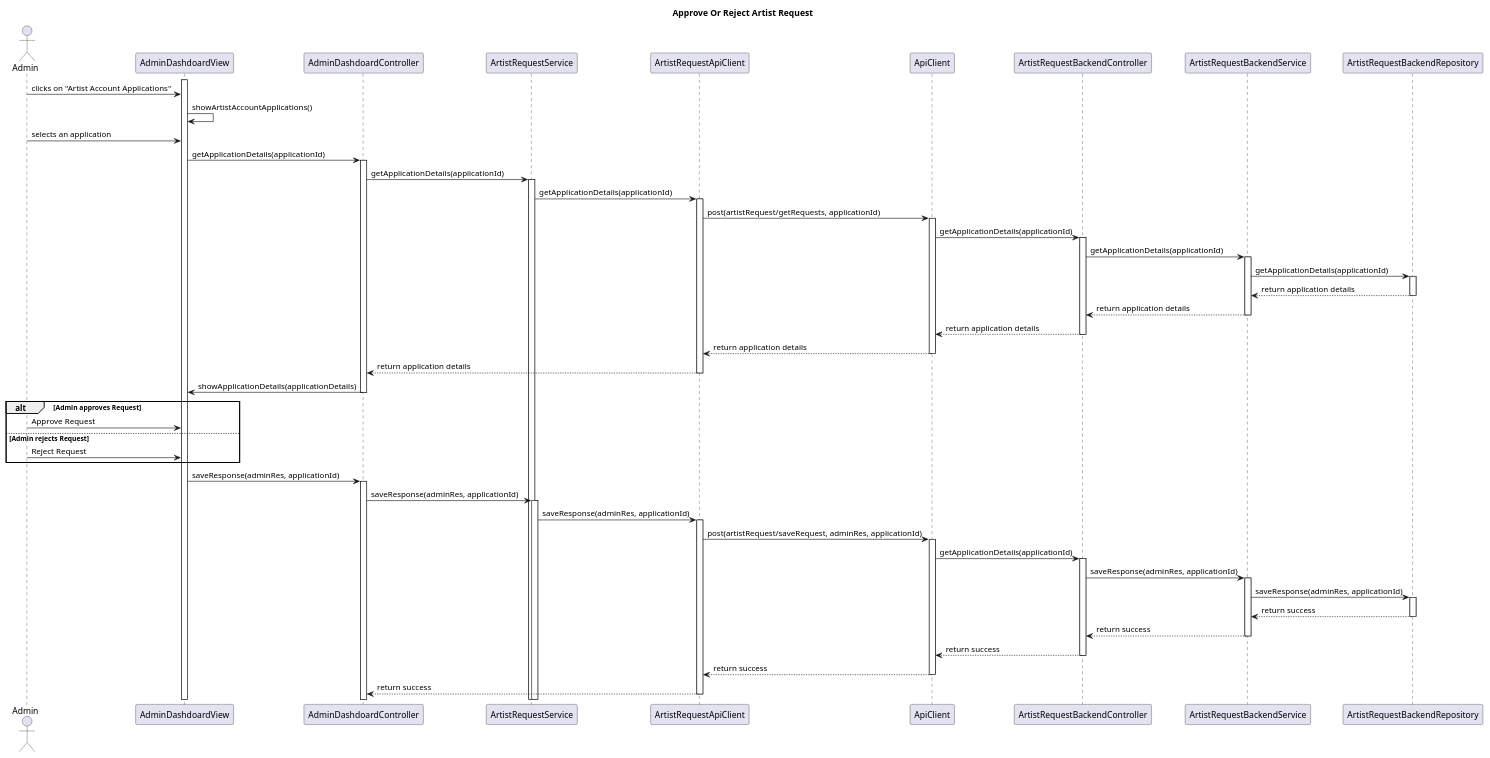
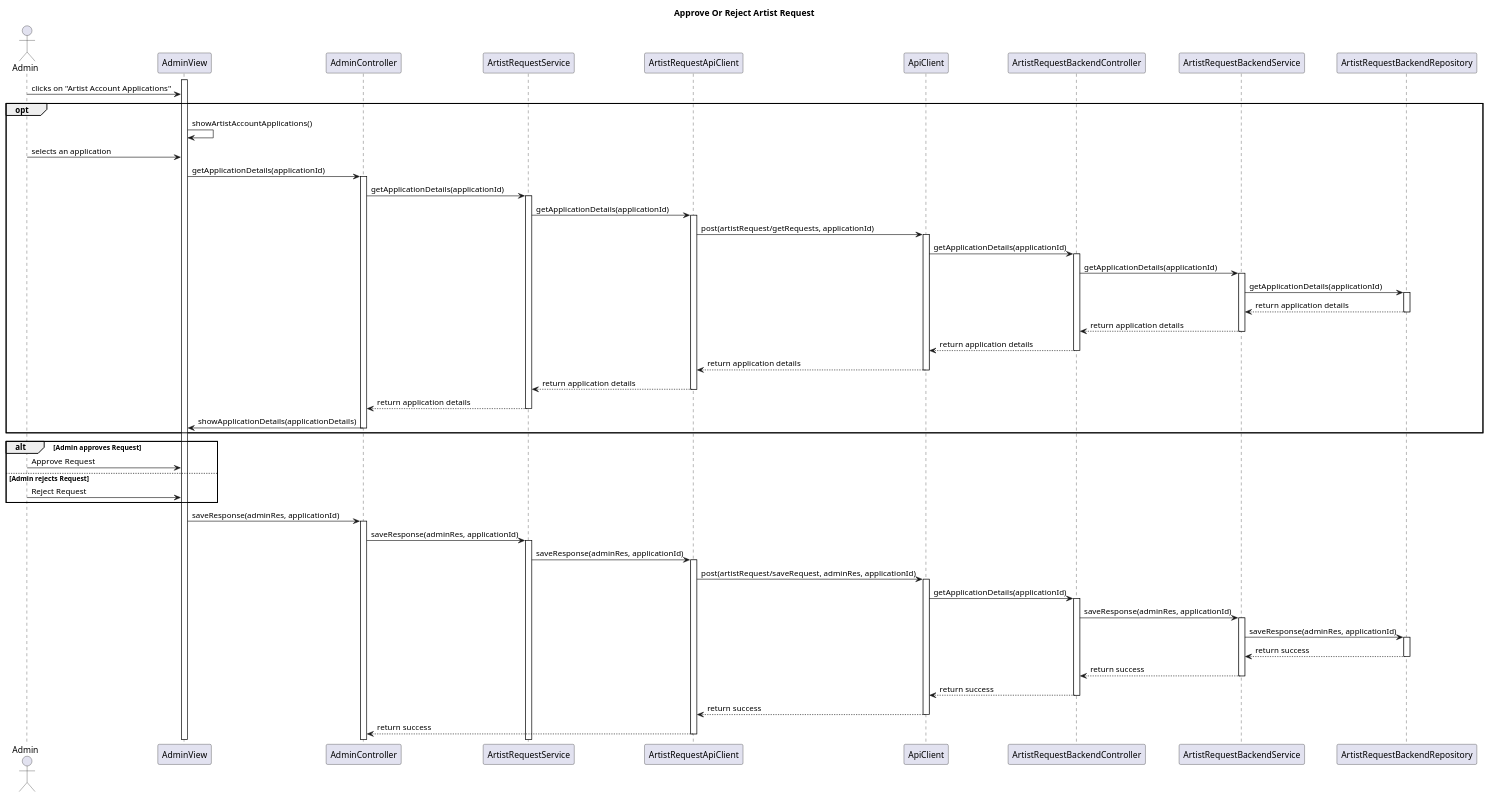
Before and after one commit to RubenKingCP/Tunix: the diagram in Paradoteo_4/SequenceDiagrams-v0.3/ApproveOrRejectArtistRequest.puml, drawn with PlantUML. The commit also changed 2 other files, not shown here.

Commit message:
Minor changes to sequence diagrams

```diff
--- a/Paradoteo_4/SequenceDiagrams-v0.3/ApproveOrRejectArtistRequest.puml
+++ b/Paradoteo_4/SequenceDiagrams-v0.3/ApproveOrRejectArtistRequest.puml
@@ -1,78 +1,83 @@
 @startuml ApproveOrRejectArtistRequest
 
 title Approve Or Reject Artist Request
 
 actor Admin
 
-participant AdminDashdoardView
-participant AdminDashdoardController
+participant AdminView
+participant AdminController
 participant ArtistRequestService
 participant ArtistRequestApiClient
 participant ApiClient
 participant ArtistRequestBackendController
 participant ArtistRequestBackendService
 participant ArtistRequestBackendRepository
 
-activate AdminDashdoardView
-Admin -> AdminDashdoardView : clicks on "Artist Account Applications"
-AdminDashdoardView -> AdminDashdoardView : showArtistAccountApplications()
-Admin -> AdminDashdoardView : selects an application
-AdminDashdoardView -> AdminDashdoardController : getApplicationDetails(applicationId)
-activate AdminDashdoardController
-AdminDashdoardController -> ArtistRequestService : getApplicationDetails(applicationId)
+activate AdminView
+Admin -> AdminView : clicks on "Artist Account Applications"
+opt
+AdminView -> AdminView : showArtistAccountApplications()
+Admin -> AdminView : selects an application
+AdminView -> AdminController : getApplicationDetails(applicationId)
+activate AdminController
+AdminController -> ArtistRequestService : getApplicationDetails(applicationId)
 activate ArtistRequestService
 ArtistRequestService -> ArtistRequestApiClient : getApplicationDetails(applicationId)
 activate ArtistRequestApiClient
 ArtistRequestApiClient -> ApiClient : post(artistRequest/getRequests, applicationId)
 activate ApiClient
 ApiClient -> ArtistRequestBackendController : getApplicationDetails(applicationId)
 activate ArtistRequestBackendController
 ArtistRequestBackendController -> ArtistRequestBackendService : getApplicationDetails(applicationId)
 activate ArtistRequestBackendService
 ArtistRequestBackendService -> ArtistRequestBackendRepository : getApplicationDetails(applicationId)
 activate ArtistRequestBackendRepository
 ArtistRequestBackendRepository --> ArtistRequestBackendService : return application details
 deactivate ArtistRequestBackendRepository
 ArtistRequestBackendService --> ArtistRequestBackendController : return application details
 deactivate ArtistRequestBackendService
 ArtistRequestBackendController --> ApiClient : return application details
 deactivate ArtistRequestBackendController
 ApiClient --> ArtistRequestApiClient : return application details
 deactivate ApiClient
-ArtistRequestApiClient --> AdminDashdoardController : return application details
+ArtistRequestApiClient --> ArtistRequestService : return application details
+
 deactivate ArtistRequestApiClient
-AdminDashdoardController -> AdminDashdoardView : showApplicationDetails(applicationDetails)
-deactivate AdminDashdoardController
+ArtistRequestService --> AdminController : return application details
+deactivate ArtistRequestService
+AdminController -> AdminView : showApplicationDetails(applicationDetails)
+deactivate AdminController
+end
 alt Admin approves Request
-    Admin -> AdminDashdoardView : Approve Request
+    Admin -> AdminView : Approve Request
 else Admin rejects Request
-    Admin -> AdminDashdoardView : Reject Request
+    Admin -> AdminView : Reject Request
 end
-AdminDashdoardView -> AdminDashdoardController : saveResponse(adminRes, applicationId)
-activate AdminDashdoardController
-AdminDashdoardController -> ArtistRequestService : saveResponse(adminRes, applicationId)
+AdminView -> AdminController : saveResponse(adminRes, applicationId)
+activate AdminController
+AdminController -> ArtistRequestService : saveResponse(adminRes, applicationId)
 activate ArtistRequestService
 ArtistRequestService -> ArtistRequestApiClient : saveResponse(adminRes, applicationId)
 activate ArtistRequestApiClient
 ArtistRequestApiClient -> ApiClient : post(artistRequest/saveRequest, adminRes, applicationId)
 activate ApiClient
 ApiClient -> ArtistRequestBackendController : getApplicationDetails(applicationId)
 activate ArtistRequestBackendController
 ArtistRequestBackendController -> ArtistRequestBackendService : saveResponse(adminRes, applicationId)
 activate ArtistRequestBackendService
 ArtistRequestBackendService -> ArtistRequestBackendRepository : saveResponse(adminRes, applicationId)
 activate ArtistRequestBackendRepository
 ArtistRequestBackendRepository --> ArtistRequestBackendService : return success
 deactivate ArtistRequestBackendRepository
 ArtistRequestBackendService --> ArtistRequestBackendController : return success
 deactivate ArtistRequestBackendService
 ArtistRequestBackendController --> ApiClient : return success
 deactivate ArtistRequestBackendController
 ApiClient --> ArtistRequestApiClient : return success
 deactivate ApiClient
-ArtistRequestApiClient --> AdminDashdoardController : return success
+ArtistRequestApiClient --> AdminController : return success
 deactivate ArtistRequestApiClient
 
 
 
 @enduml
```
